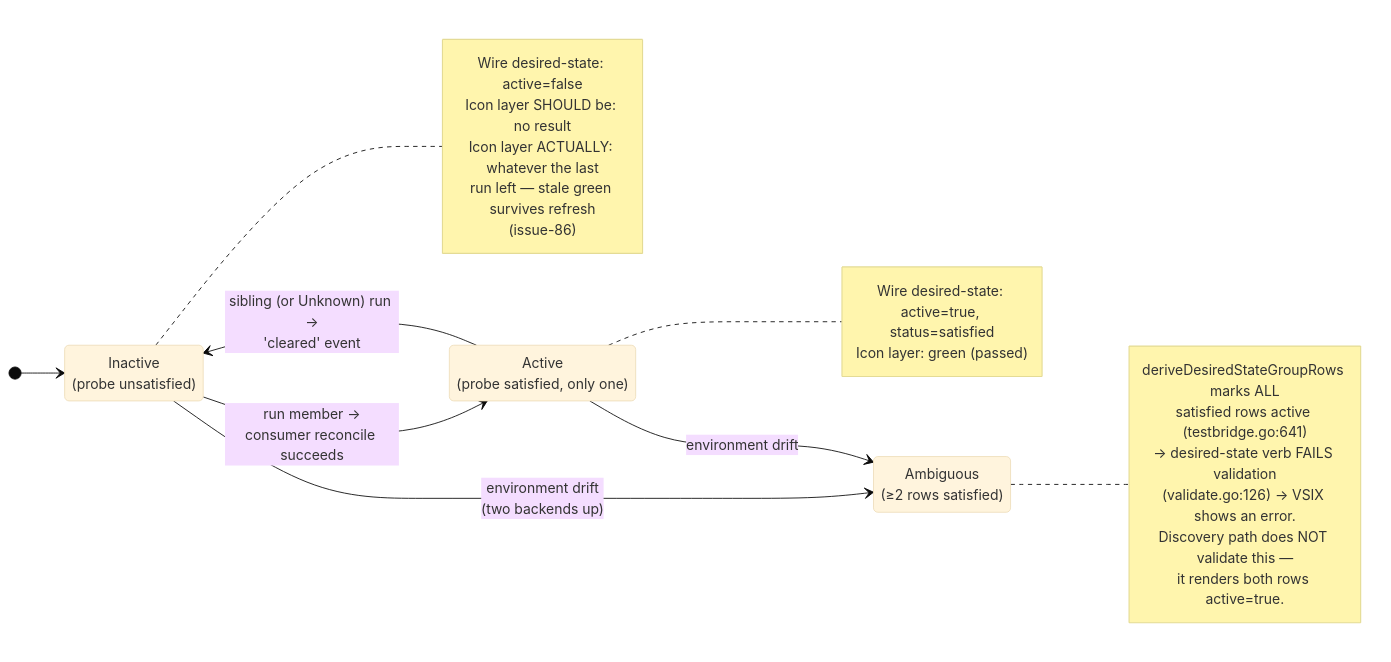
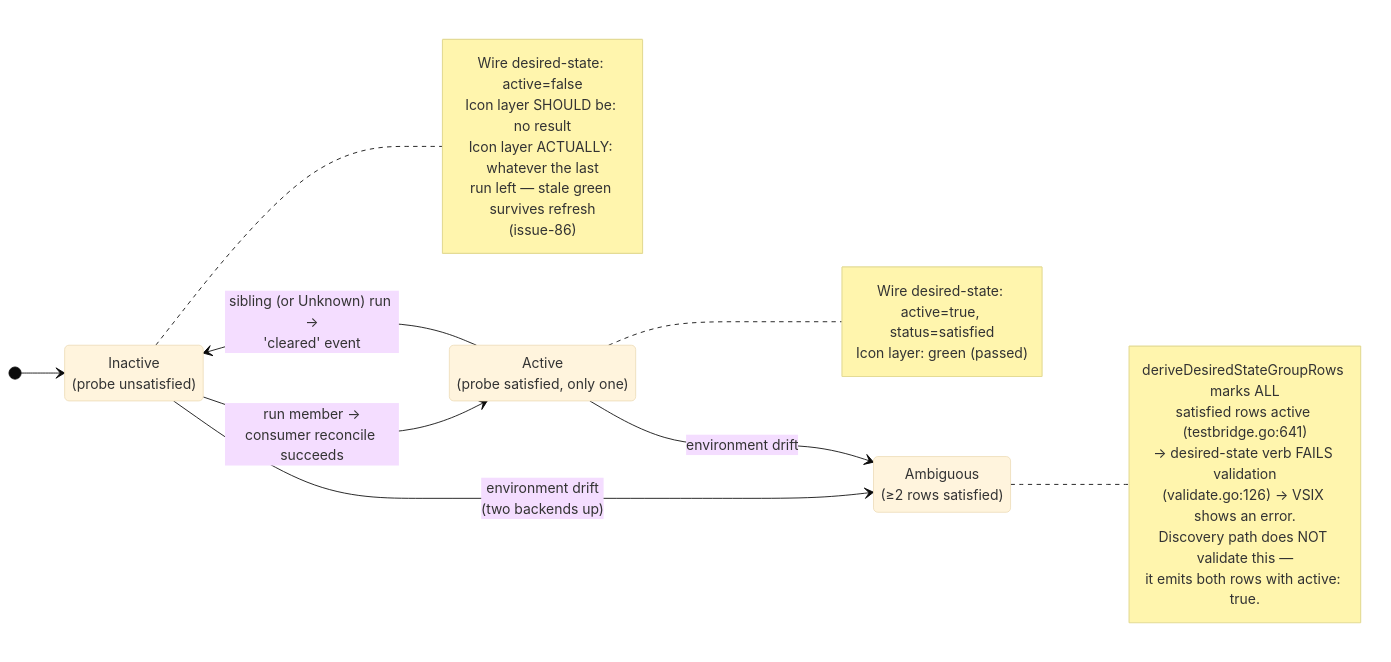
Before and after one commit to david-aggeler/keel: the second of 2 diagrams in docs/mutex/architecture.md, drawn with Mermaid (base theme). The commit also changed other lines of this file and 17 other files, not shown here.

````diff
--- a/docs/mutex/architecture.md
+++ b/docs/mutex/architecture.md
@@ -77,33 +77,33 @@
 ```mermaid
 stateDiagram-v2
     direction LR
     state "Inactive<br/>(probe unsatisfied)" as inactive
     state "Active<br/>(probe satisfied, only one)" as active
     state "Ambiguous<br/>(≥2 rows satisfied)" as ambig
 
     [*] --> inactive
     inactive --> active : run member →<br/>consumer reconcile succeeds
     active --> inactive : sibling (or Unknown) run →<br/>'cleared' event
     inactive --> ambig : environment drift<br/>(two backends up)
     active --> ambig : environment drift
 
     note right of active
         Wire desired-state: active=true, status=satisfied
         Icon layer: green (passed)
     end note
     note right of inactive
         Wire desired-state: active=false
         Icon layer SHOULD be: no result
         Icon layer ACTUALLY: whatever the last
         run left — stale green survives refresh
         (issue-86)
     end note
     note right of ambig
         deriveDesiredStateGroupRows marks ALL
         satisfied rows active (testbridge.go:641)
         → desired-state verb FAILS validation
         (validate.go:126) → VSIX shows an error.
         Discovery path does NOT validate this —
-        it renders both rows active=true.
+        it emits both rows with active: true.
     end note
 ```
````
